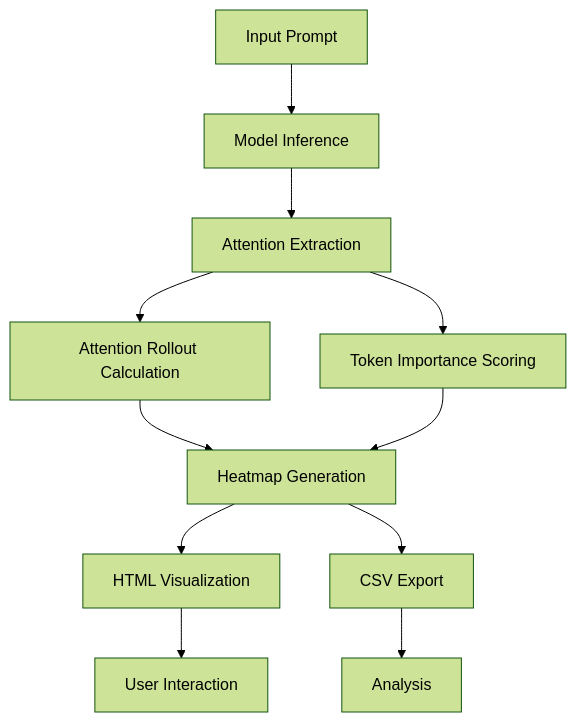
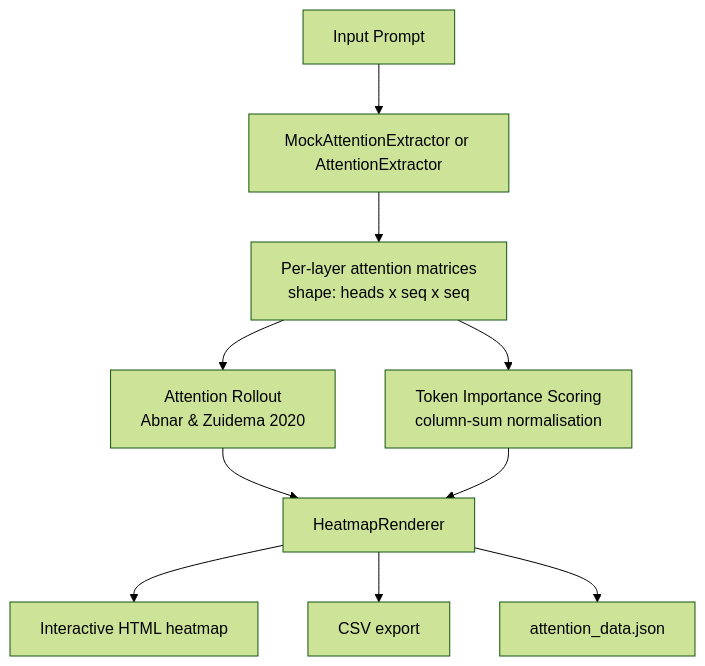
The diagram in README.md (dakshjain-1616/nemotron-attention-vis), drawn with Mermaid (forest theme) before and after one commit. The commit also changed other lines of this file, not shown here.

````diff
--- a/README.md
+++ b/README.md
@@ -56,13 +83,12 @@
 ```mermaid
 graph TD
-    A[Input Prompt] --> B[Model Inference]
-    B --> C[Attention Extraction]
-    C --> D[Attention Rollout Calculation]
-    C --> E[Token Importance Scoring]
-    D --> F[Heatmap Generation]
+    A[Input Prompt] --> B[MockAttentionExtractor or AttentionExtractor]
+    B --> C[Per-layer attention matrices<br/>shape: heads x seq x seq]
+    C --> D[Attention Rollout<br/>Abnar & Zuidema 2020]
+    C --> E[Token Importance Scoring<br/>column-sum normalisation]
+    D --> F[HeatmapRenderer]
     E --> F
-    F --> G[HTML Visualization]
-    F --> H[CSV Export]
-    G --> I[User Interaction]
-    H --> J[Analysis]
+    F --> G[Interactive HTML heatmap]
+    F --> H[CSV export]
+    F --> I[attention_data.json]
 ```
````
